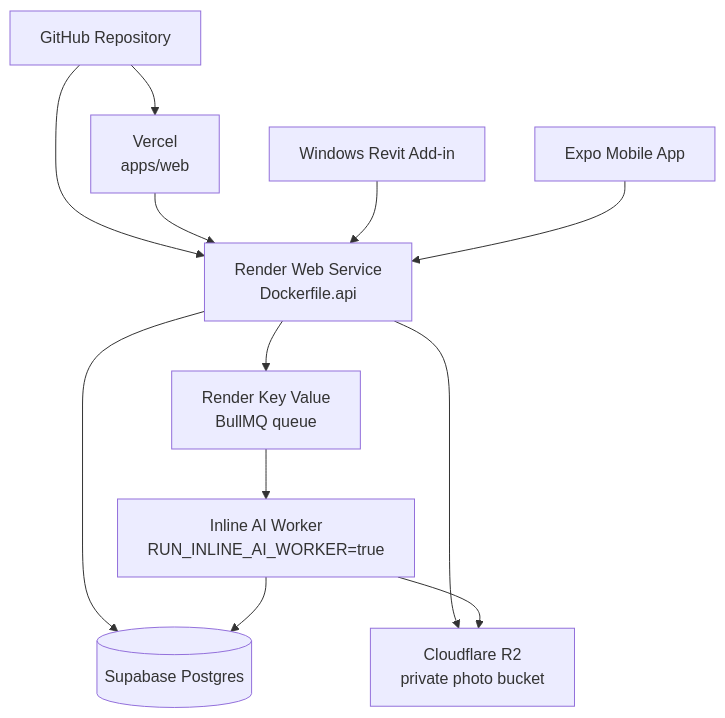
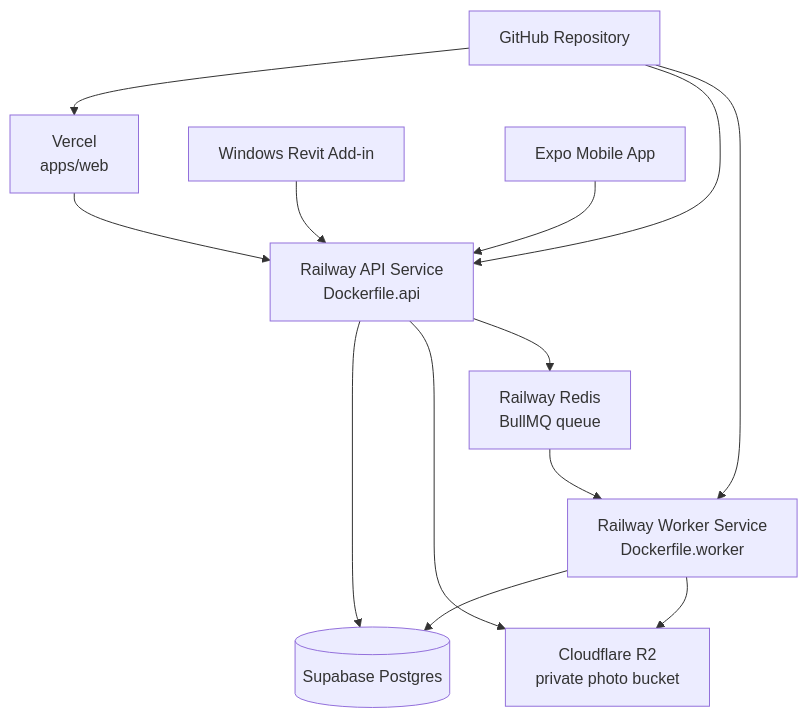
Before and after one commit to KHSOL/BIMPhotoSync: the fifth of 5 diagrams in README.md, drawn with Mermaid. The commit also changed other lines of this file and 7 other files, not shown here.

````diff
--- a/README.md
+++ b/README.md
@@ -192,14 +193,15 @@
 ```mermaid
 flowchart TB
   GitHub["GitHub Repository"] --> Vercel["Vercel\napps/web"]
-  GitHub --> RenderAPI["Render Web Service\nDockerfile.api"]
-  RenderAPI --> Supabase[("Supabase Postgres")]
-  RenderAPI --> R2["Cloudflare R2\nprivate photo bucket"]
-  RenderAPI --> Redis["Render Key Value\nBullMQ queue"]
-  Redis --> InlineWorker["Inline AI Worker\nRUN_INLINE_AI_WORKER=true"]
-  InlineWorker --> Supabase
-  InlineWorker --> R2
-  Vercel --> RenderAPI
-  RevitClient["Windows Revit Add-in"] --> RenderAPI
-  Mobile["Expo Mobile App"] --> RenderAPI
+  GitHub --> RailwayAPI["Railway API Service\nDockerfile.api"]
+  GitHub --> RailwayWorker["Railway Worker Service\nDockerfile.worker"]
+  RailwayAPI --> Supabase[("Supabase Postgres")]
+  RailwayWorker --> Supabase
+  RailwayAPI --> R2["Cloudflare R2\nprivate photo bucket"]
+  RailwayWorker --> R2
+  RailwayAPI --> Redis["Railway Redis\nBullMQ queue"]
+  Redis --> RailwayWorker
+  Vercel --> RailwayAPI
+  RevitClient["Windows Revit Add-in"] --> RailwayAPI
+  Mobile["Expo Mobile App"] --> RailwayAPI
 ```
````
